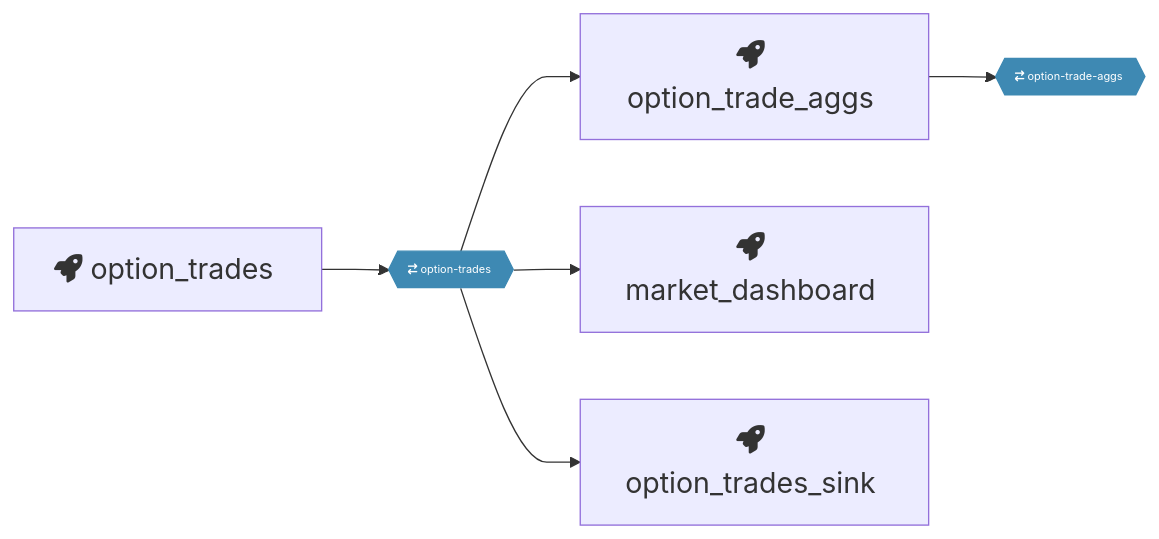
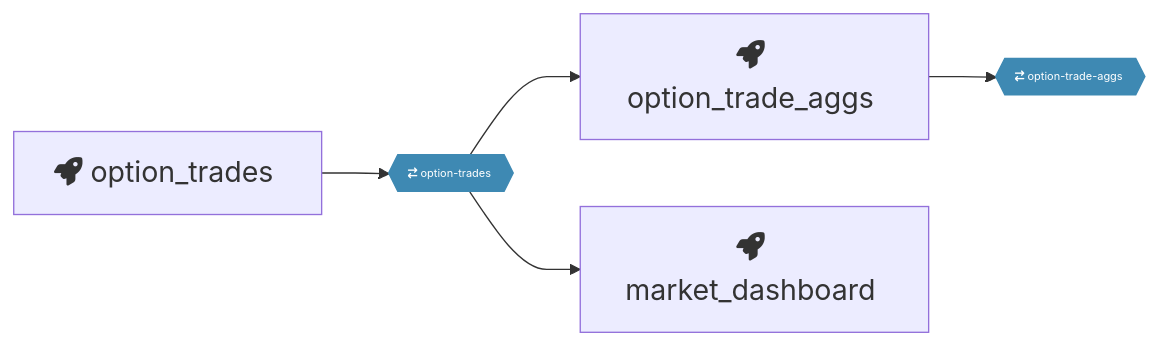
One commit to macanderson/ts-data-pipeline changed the diagram in pipeline.md. Above: the diagram before and after it, drawn with Mermaid. The commit also changed 7 other files, not shown here.

````diff
--- a/pipeline.md
+++ b/pipeline.md
@@ -1,16 +1,15 @@
 ```mermaid
 %%{ init: { 'flowchart': { 'curve': 'monotoneX' } } }%%
 graph LR;
 option_trades[fa:fa-rocket option_trades &#8205] --> option-trades{{ fa:fa-arrow-right-arrow-left option-trades &#8205}}:::topic;
 option-trades{{ fa:fa-arrow-right-arrow-left option-trades &#8205}}:::topic --> option_trade_aggs[fa:fa-rocket option_trade_aggs &#8205];
 option_trade_aggs[fa:fa-rocket option_trade_aggs &#8205] --> option-trade-aggs{{ fa:fa-arrow-right-arrow-left option-trade-aggs &#8205}}:::topic;
 option-trades{{ fa:fa-arrow-right-arrow-left option-trades &#8205}}:::topic --> market_dashboard[fa:fa-rocket market_dashboard &#8205];
-option-trades{{ fa:fa-arrow-right-arrow-left option-trades &#8205}}:::topic --> option_trades_sink[fa:fa-rocket option_trades_sink &#8205];
 
 
 classDef default font-size:110%;
 classDef topic font-size:80%;
 classDef topic fill:#3E89B3;
 classDef topic stroke:#3E89B3;
 classDef topic color:white;
 ```
````
